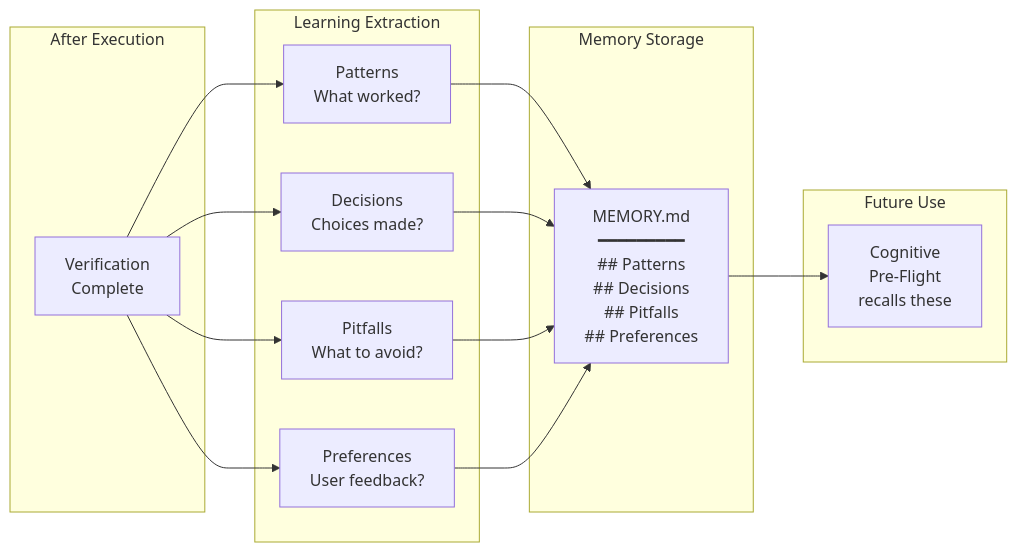
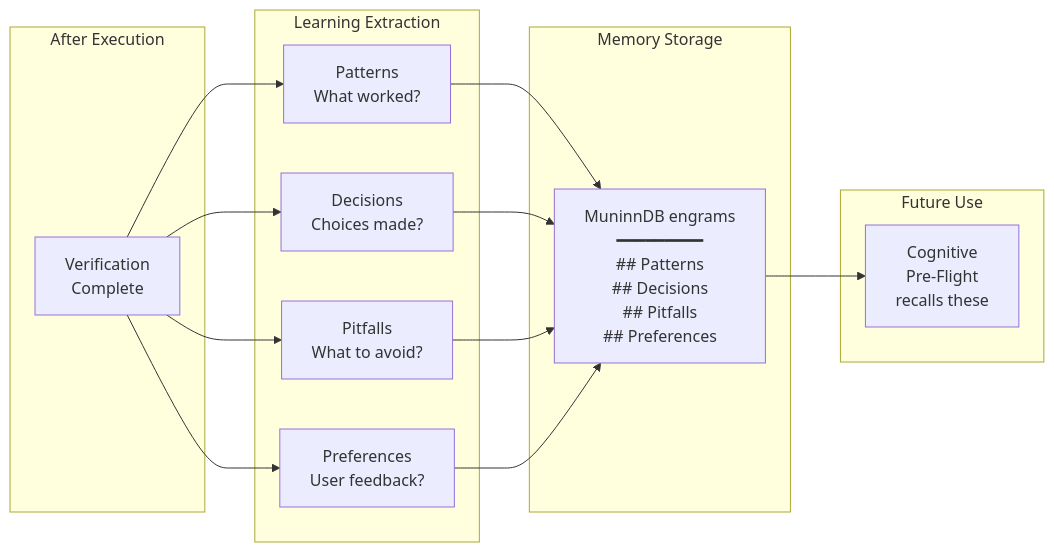
Before and after one commit to asibilia/luca-framework: the fifth of 14 diagrams in docs/agent-framework/luca/diagrams.md, drawn with Mermaid. The commit also changed other lines of this file and 820 other files, not shown here.

````diff
--- a/docs/agent-framework/luca/diagrams.md
+++ b/docs/agent-framework/luca/diagrams.md
@@ -189,32 +189,32 @@
 ```mermaid
 flowchart LR
     subgraph Execution["After Execution"]
         VERIFY["Verification<br/>Complete"]
     end
 
     subgraph Extract["Learning Extraction"]
         PATTERNS["Patterns<br/>What worked?"]
         DECISIONS["Decisions<br/>Choices made?"]
         PITFALLS["Pitfalls<br/>What to avoid?"]
         PREFS["Preferences<br/>User feedback?"]
     end
 
     subgraph Store["Memory Storage"]
-        MEMORY["MEMORY.md<br/>━━━━━━━━━<br/>## Patterns<br/>## Decisions<br/>## Pitfalls<br/>## Preferences"]
+        MEMORY["MuninnDB engrams<br/>━━━━━━━━━<br/>## Patterns<br/>## Decisions<br/>## Pitfalls<br/>## Preferences"]
     end
 
     subgraph Future["Future Use"]
         RECALL["Cognitive<br/>Pre-Flight<br/>recalls these"]
     end
 
     VERIFY --> PATTERNS
     VERIFY --> DECISIONS
     VERIFY --> PITFALLS
     VERIFY --> PREFS
     PATTERNS --> MEMORY
     DECISIONS --> MEMORY
     PITFALLS --> MEMORY
     PREFS --> MEMORY
 
     MEMORY --> RECALL
 ```
````
